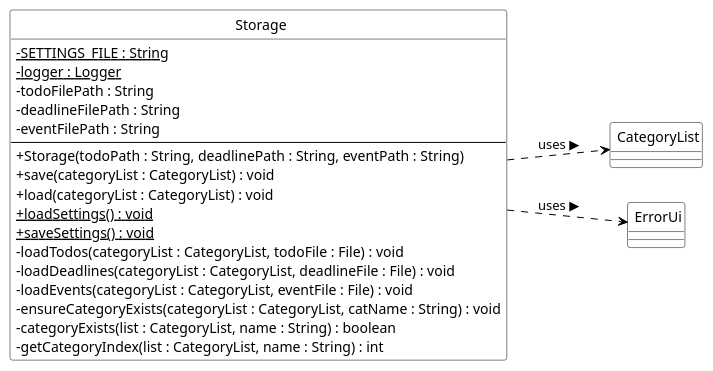
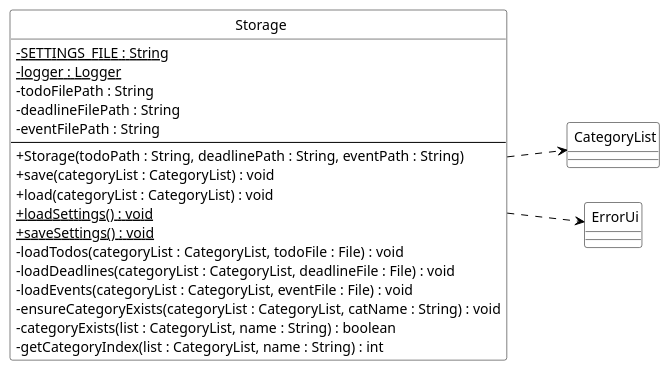
One commit to marken9/tp changed the diagram in docs/puml/StorageClassDiagram.puml. Above: the diagram before and after it, drawn with PlantUML. The commit also changed 4 other files, not shown here.

Commit message:
Edits to UML diagrams

```diff
--- a/docs/puml/StorageClassDiagram.puml
+++ b/docs/puml/StorageClassDiagram.puml
@@ -1,45 +1,45 @@
 @startuml Storage
 
 left to right direction
 skinparam classAttributeIconSize 0
 skinparam CircledCharacterFontSize 0
 skinparam CircledCharacterRadius 0
 skinparam class {
     BackgroundColor White
     BorderColor Black
     ArrowColor Black
 }
 
 
 
 class Storage {
     - SETTINGS_FILE : String {static}
     - logger : Logger {static}
     - todoFilePath : String
     - deadlineFilePath : String
     - eventFilePath : String
     --
     + Storage(todoPath : String, deadlinePath : String, eventPath : String)
     + save(categoryList : CategoryList) : void
     + load(categoryList : CategoryList) : void
     + loadSettings() : void {static}
     + saveSettings() : void {static}
     - loadTodos(categoryList : CategoryList, todoFile : File) : void
     - loadDeadlines(categoryList : CategoryList, deadlineFile : File) : void
     - loadEvents(categoryList : CategoryList, eventFile : File) : void
     - ensureCategoryExists(categoryList : CategoryList, catName : String) : void
     - categoryExists(list : CategoryList, name : String) : boolean
     - getCategoryIndex(list : CategoryList, name : String) : int
 }
 
 
 class CategoryList
 
 
 class ErrorUi
 
 
-Storage ..> CategoryList : uses ▶
-Storage ..> ErrorUi     : uses ▶
+Storage ..> CategoryList
+Storage ..> ErrorUi
 
 @enduml
```
